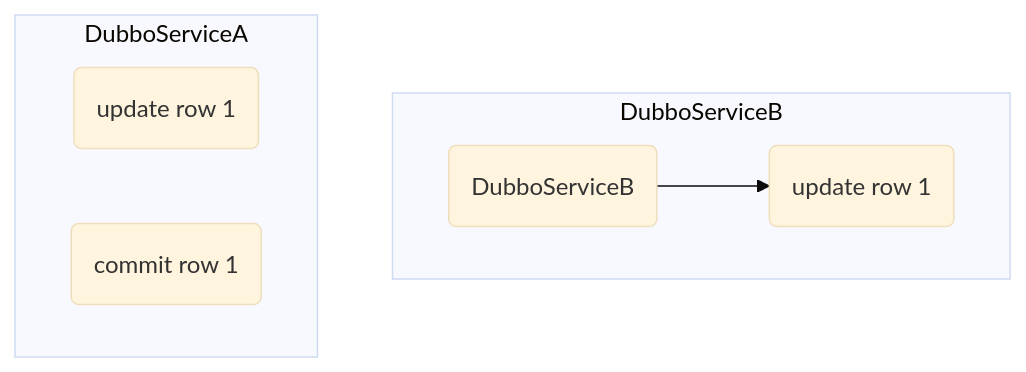
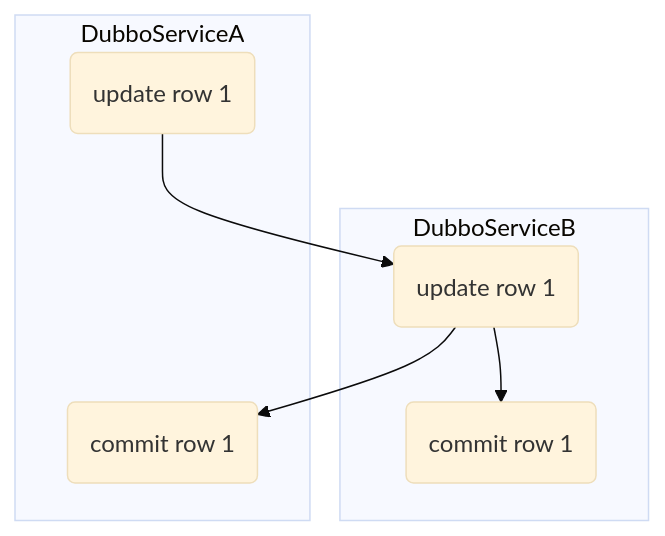
The diagram in dubbo/服务治理问题案例.md (zhudongdong/docs), drawn with Mermaid (base theme) before and after one commit. The commit also changed other lines of this file, not shown here.

Commit message:
Uploaded by https://stackedit.io/

````diff
--- a/dubbo/服务治理问题案例.md
+++ b/dubbo/服务治理问题案例.md
@@ -3,13 +3,16 @@
 ```mermaid
 graph TB
 
 subgraph DubboServiceB
-c(DubboServiceB) --> d(update row 1)
-
+c(update row 1)
+d(commit row 1)
 end
 subgraph DubboServiceA
 a(update row 1)
 b(commit row 1)
 
+a --> c
+c --> b
+c --> d
 end
 ```
````
